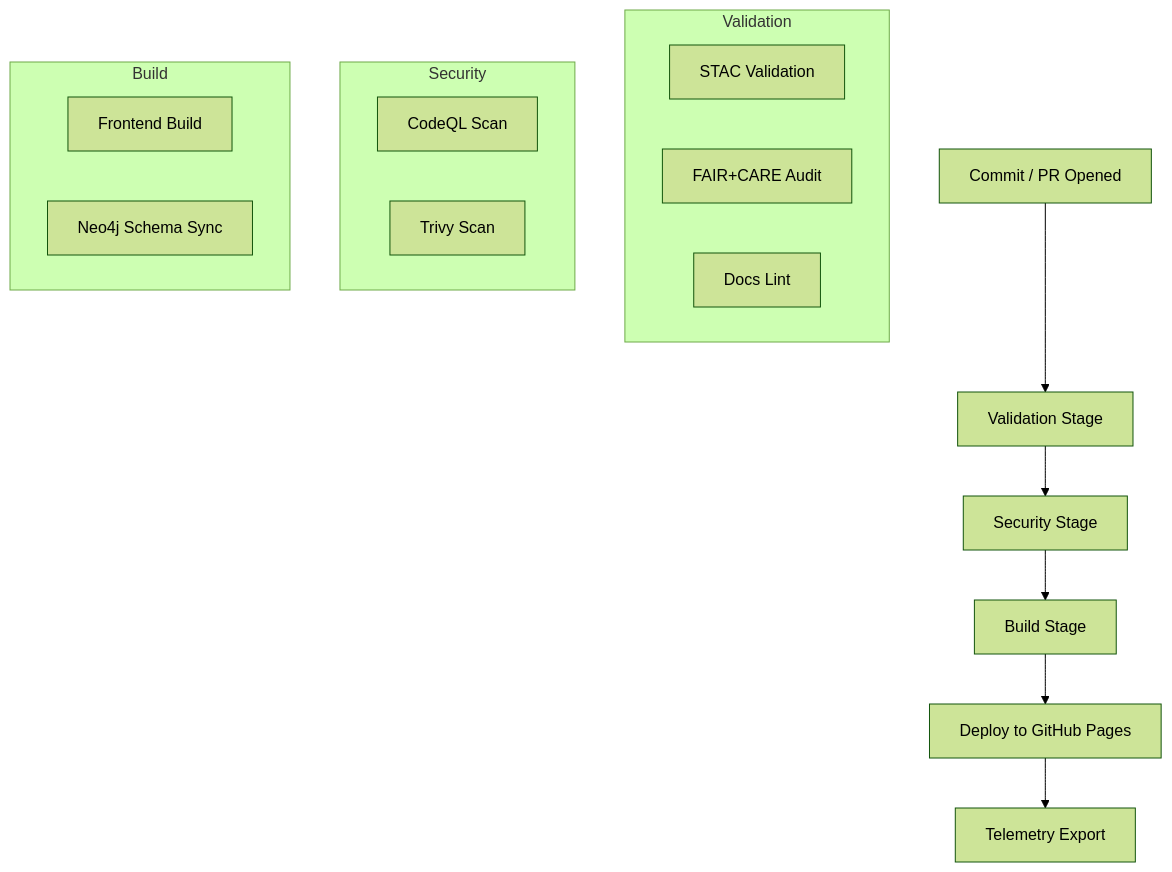
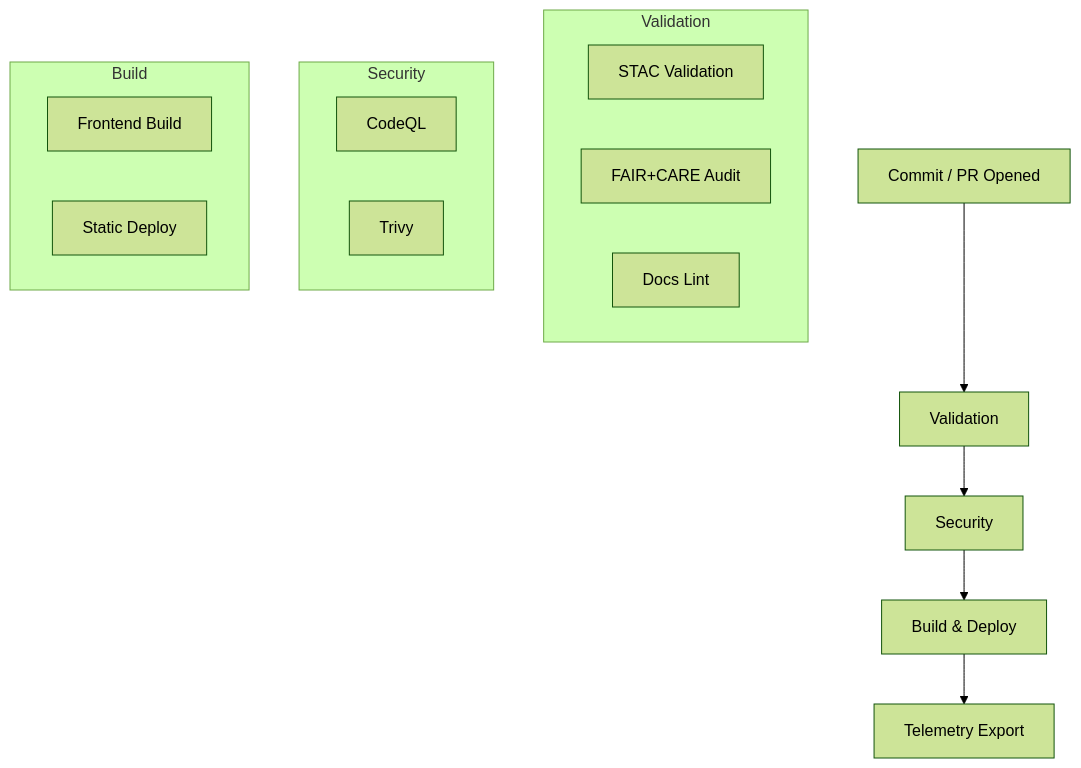
The diagram in .github/README.md (bartytime4life/Kansas-Frontier-Matrix), drawn with Mermaid (forest theme) before and after one commit. The commit also changed other lines of this file, not shown here.

````diff
--- a/.github/README.md
+++ b/.github/README.md
@@ -132,24 +116,23 @@
 ```mermaid
 flowchart TD
-A["Commit / PR Opened"] --> B["Validation Stage"]
-B --> C["Security Stage"]
-C --> D["Build Stage"]
-D --> E["Deploy to GitHub Pages"]
-E --> F["Telemetry Export"]
+A["Commit / PR Opened"] --> B["Validation"]
+B --> C["Security"]
+C --> D["Build & Deploy"]
+D --> E["Telemetry Export"]
 
 subgraph Validation
 B1["STAC Validation"]
 B2["FAIR+CARE Audit"]
 B3["Docs Lint"]
 end
 
 subgraph Security
-C1["CodeQL Scan"]
-C2["Trivy Scan"]
+C1["CodeQL"]
+C2["Trivy"]
 end
 
 subgraph Build
 D1["Frontend Build"]
-D2["Neo4j Schema Sync"]
+D2["Static Deploy"]
 end
 ```
````
